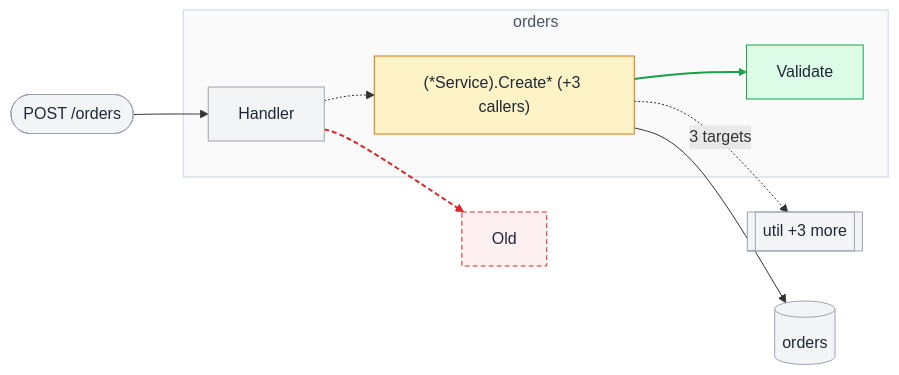
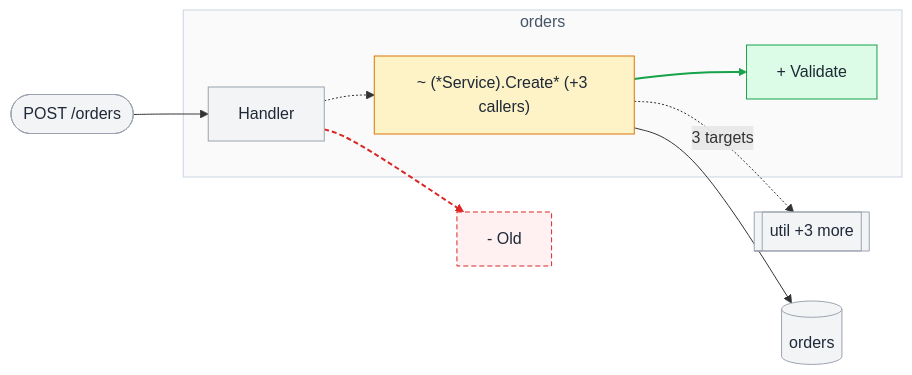
One commit to Ullauri/shapediff changed the third of 5 diagrams in internal/render/testdata/note.golden.md. Above: the diagram before and after it, drawn with Mermaid. The commit also changed other lines of this file and 7 other files, not shown here.

````diff
--- a/internal/render/testdata/note.golden.md
+++ b/internal/render/testdata/note.golden.md
@@ -84,31 +84,31 @@
 ```mermaid
 flowchart LR
   classDef added fill:#dcfce7,stroke:#16a34a,color:#1f2937
   classDef context fill:#f3f4f6,stroke:#9ca3af,color:#1f2937
   classDef removed fill:#fff1f2,stroke:#dc2626,stroke-dasharray:5 3,color:#1f2937
   classDef signature_changed fill:#fef3c7,stroke:#d97706,color:#1f2937
   classDef box fill:#fafafa,stroke:#cbd5e1,color:#475569
   subgraph sg2f27a5c6["orders"]
-    na3c6eddb["(*Service).Create* (+3 callers)"]
+    na3c6eddb["~ (*Service).Create* (+3 callers)"]
     n7e4a7fe1["Handler"]
-    n3fa7fd89["Validate"]
+    n3fa7fd89["+ Validate"]
   end
   class sg2f27a5c6 box
   ndcb5c3a1(["POST /orders"])
   na7fef5cf[["util +3 more"]]
   nc5b8bb09[("orders")]
-  n6e4081b5["Old"]
+  n6e4081b5["- Old"]
   ndcb5c3a1 --> n7e4a7fe1
   na3c6eddb -.->|3 targets| na7fef5cf
   na3c6eddb --> nc5b8bb09
   na3c6eddb --> n3fa7fd89
   n7e4a7fe1 --> na3c6eddb
   n7e4a7fe1 --> n6e4081b5
   linkStyle 3 stroke:#16a34a,stroke-width:2px
   linkStyle 4 stroke-dasharray:2 2
   linkStyle 5 stroke:#dc2626,stroke-width:2px,stroke-dasharray:5 3
   class n3fa7fd89 added
   class ndcb5c3a1,na7fef5cf,nc5b8bb09,n7e4a7fe1 context
   class n6e4081b5 removed
   class na3c6eddb signature_changed
 ```
````
